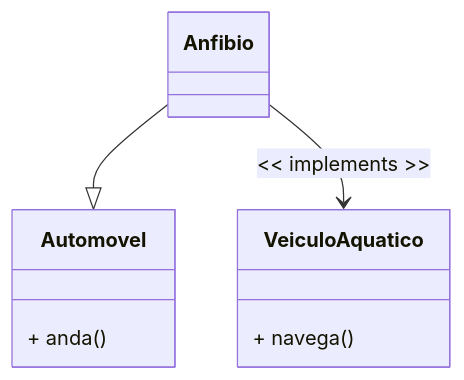
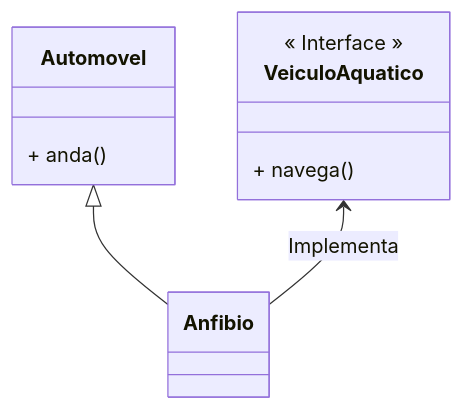
One commit to efojunior/It_NeoCamp_Java changed the second of 4 diagrams in 14.md. Above: the diagram before and after it, drawn with Mermaid. The commit also changed other lines of this file and 2 other files, not shown here.

````diff
--- a/14.md
+++ b/14.md
@@ -29,15 +29,16 @@
 ```mermaid
 classDiagram
 class Automovel {
 + anda() 
 }
 class VeiculoAquatico {
+<< Interface >>
 + navega() 
 }
 class Anfibio {
  
 }
 
-Anfibio --|> Automovel
-Anfibio --> VeiculoAquatico : << implements >>
+Automovel <|-- Anfibio
+VeiculoAquatico <-- Anfibio : Implementa
 ```
````
